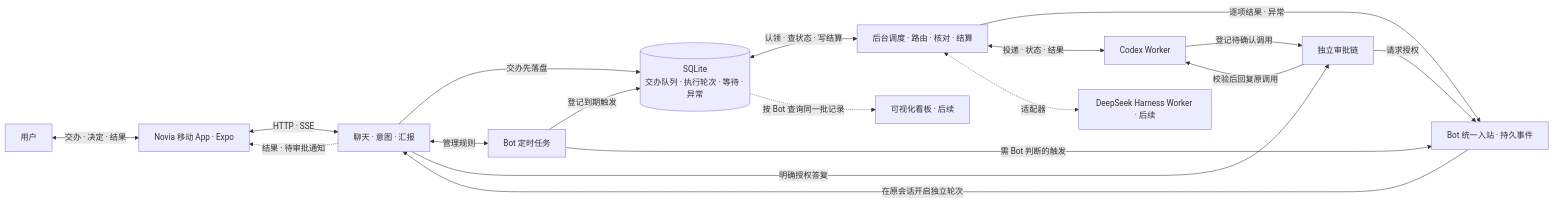
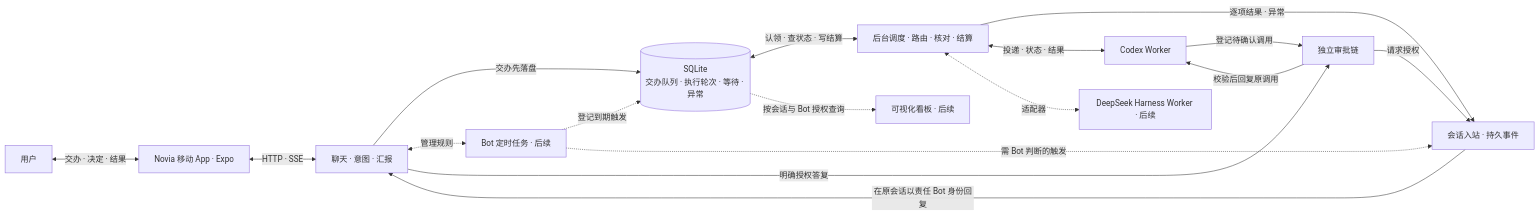
The diagram in docs/assistant-worker-dispatch-prd.md (hoholidayx/Aion), drawn with Mermaid before and after one commit. The commit also changed other lines of this file, not shown here.

Commit message:
docs: define first Codex release and group chat model

````diff
--- a/docs/assistant-worker-dispatch-prd.md
+++ b/docs/assistant-worker-dispatch-prd.md
@@ -64,31 +64,30 @@
 ```mermaid
 flowchart LR
     User["用户"]
     App["Novia 移动 App · Expo"]
     Chat["聊天 · 意图 · 汇报"]
     Dispatch["后台调度 · 路由 · 核对 · 结算"]
     Store[("SQLite<br/>交办队列 · 执行轮次 · 等待 · 异常")]
-    Inbox["Bot 统一入站 · 持久事件"]
+    Inbox["会话入站 · 持久事件"]
     Approval["独立审批链"]
-    Schedules["Bot 定时任务"]
+    Schedules["Bot 定时任务 · 后续"]
     Board["可视化看板 · 后续"]
     Codex["Codex Worker"]
     Harness["DeepSeek Harness Worker · 后续"]
     User <-->|交办 · 决定 · 结果| App
     App <-->|HTTP · SSE| Chat
-    Chat -.->|结果 · 待审批通知| App
     Chat -->|交办先落盘| Store
     Store <-->|认领 · 查状态 · 写结算| Dispatch
     Dispatch -->|逐项结果 · 异常| Inbox
-    Inbox -->|在原会话开启独立轮次| Chat
-    Chat <-->|管理规则| Schedules
-    Schedules -->|登记到期触发| Store
-    Schedules -->|需 Bot 判断的触发| Inbox
+    Inbox -->|在原会话以责任 Bot 身份回复| Chat
+    Chat <-.->|管理规则| Schedules
+    Schedules -.->|登记到期触发| Store
+    Schedules -.->|需 Bot 判断的触发| Inbox
     Codex -->|登记待确认调用| Approval
     Approval -->|请求授权| Inbox
     Chat -->|明确授权答复| Approval
     Approval -->|校验后回复原调用| Codex
     Dispatch <-->|投递 · 状态 · 结果| Codex
-    Store -.->|按 Bot 查询同一批记录| Board
+    Store -.->|按会话与 Bot 授权查询| Board
     Dispatch <-.->|适配器| Harness
 ```
````
